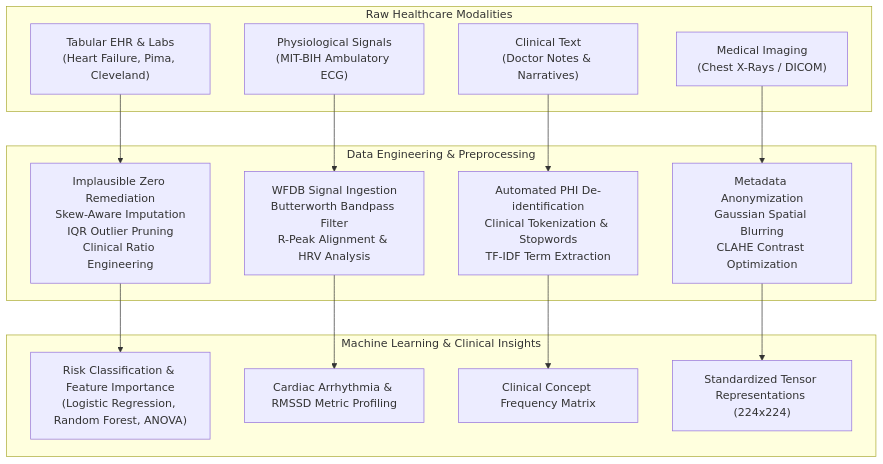
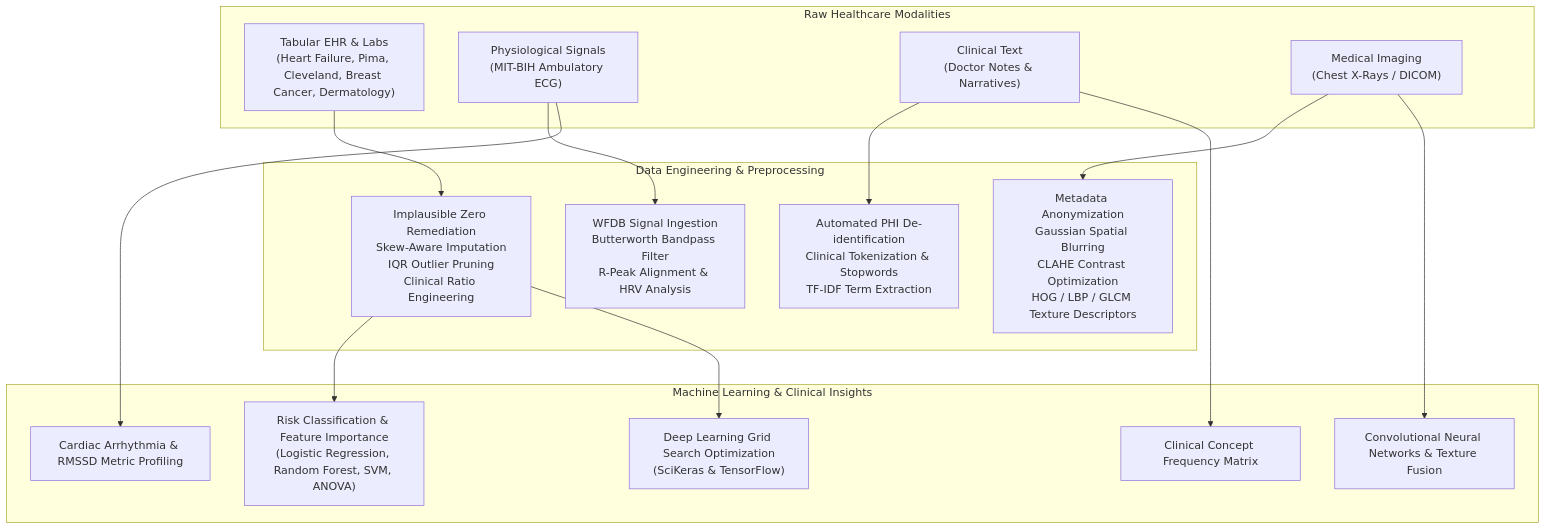
Before and after one commit to Cosmicgod5151/AI_in_healthcare: the diagram in README.md, drawn with Mermaid. The commit also changed other lines of this file and 10 other files, not shown here.

````diff
--- a/README.md
+++ b/README.md
@@ -19,23 +19,24 @@
 ```mermaid
 flowchart TD
     subgraph Data_Modalities["Raw Healthcare Modalities"]
-        A["Tabular EHR & Labs<br/>(Heart Failure, Pima, Cleveland)"]
+        A["Tabular EHR & Labs<br/>(Heart Failure, Pima, Cleveland, Breast Cancer, Dermatology)"]
         B["Physiological Signals<br/>(MIT-BIH Ambulatory ECG)"]
         C["Clinical Text<br/>(Doctor Notes & Narratives)"]
         D["Medical Imaging<br/>(Chest X-Rays / DICOM)"]
     end
 
     subgraph Engineering_Pipelines["Data Engineering & Preprocessing"]
         A --> E["Implausible Zero Remediation<br/>Skew-Aware Imputation<br/>IQR Outlier Pruning<br/>Clinical Ratio Engineering"]
         B --> F["WFDB Signal Ingestion<br/>Butterworth Bandpass Filter<br/>R-Peak Alignment & HRV Analysis"]
         C --> G["Automated PHI De-identification<br/>Clinical Tokenization & Stopwords<br/>TF-IDF Term Extraction"]
-        D --> H["Metadata Anonymization<br/>Gaussian Spatial Blurring<br/>CLAHE Contrast Optimization"]
+        D --> H["Metadata Anonymization<br/>Gaussian Spatial Blurring<br/>CLAHE Contrast Optimization<br/>HOG / LBP / GLCM Texture Descriptors"]
     end
 
     subgraph Modeling_Layer["Machine Learning & Clinical Insights"]
-        E --> I["Risk Classification & Feature Importance<br/>(Logistic Regression, Random Forest, ANOVA)"]
-        F --> J["Cardiac Arrhythmia & RMSSD Metric Profiling"]
-        G --> K["Clinical Concept Frequency Matrix"]
-        H --> L["Standardized Tensor Representations (224x224)"]
+        E --> I["Risk Classification & Feature Importance<br/>(Logistic Regression, Random Forest, SVM, ANOVA)"]
+        B --> J["Cardiac Arrhythmia & RMSSD Metric Profiling"]
+        C --> K["Clinical Concept Frequency Matrix"]
+        D --> L["Convolutional Neural Networks & Texture Fusion"]
+        E --> M["Deep Learning Grid Search Optimization<br/>(SciKeras & TensorFlow)"]
     end
 ```
````
